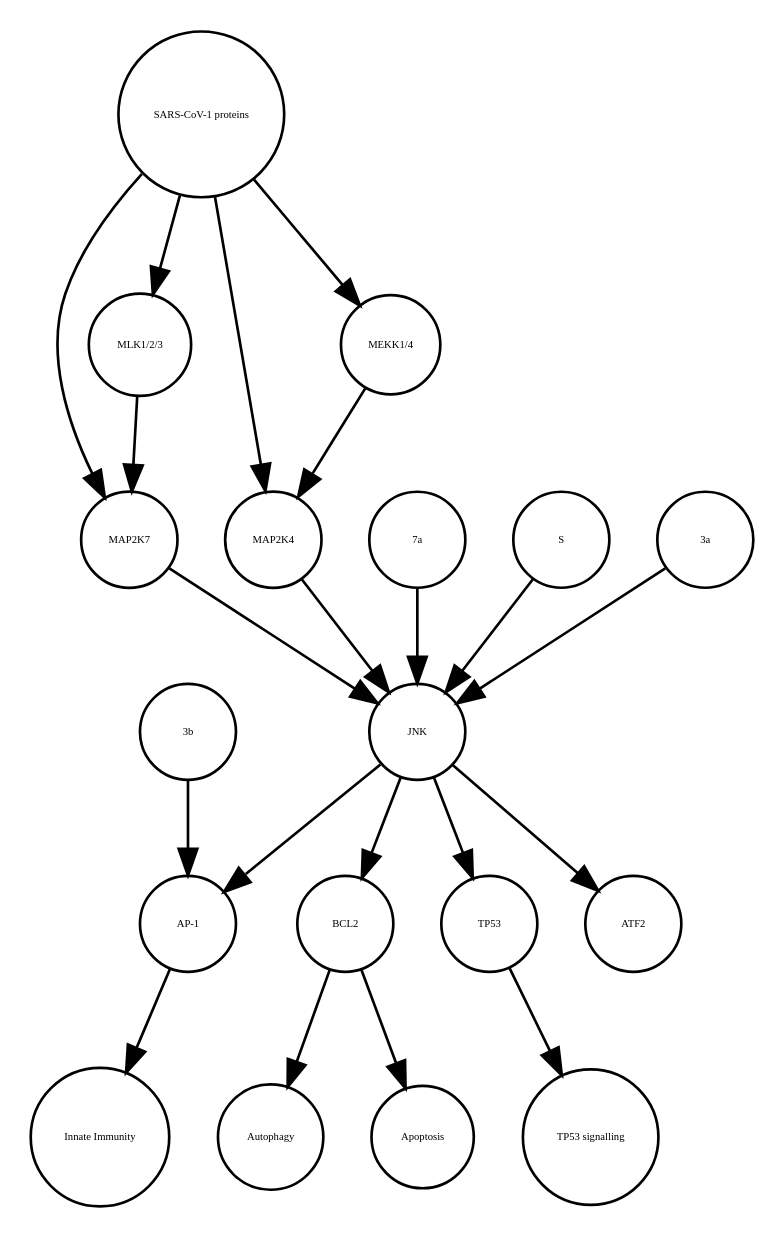
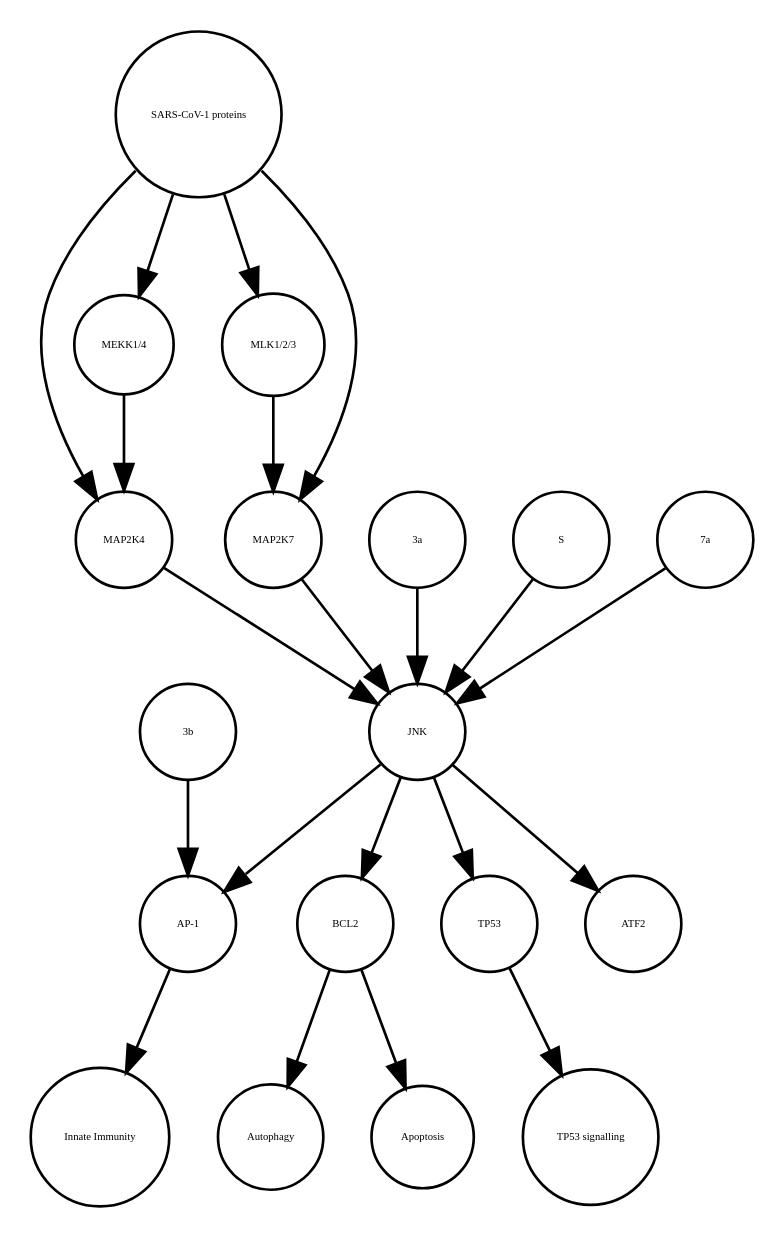
Before and after one commit to cannin/covid19-sbgn: the diagram in JNK_pathway_stable.xml_projected.dot, drawn with Graphviz. The commit also changed other lines of this file and 564 other files, not shown here.

```diff
--- a/JNK_pathway_stable.xml_projected.dot
+++ b/JNK_pathway_stable.xml_projected.dot
@@ -1,40 +1,40 @@
 strict digraph  {
 BCL2 [annotation=urn_miriam_ncbigene_596, bipartite=0, cls=macromolecule, fontsize=4, label=BCL2, shape=circle];
 Autophagy [annotation="urn_miriam_obo.go_GO%3A0006914", bipartite=0, cls=phenotype, fontsize=4, label=Autophagy, shape=circle];
 "AP-1" [annotation="", bipartite=0, cls=complex, fontsize=4, label="AP-1", shape=circle];
 "Innate Immunity" [annotation="urn_miriam_obo.go_GO%3A0045087", bipartite=0, cls=phenotype, fontsize=4, label="Innate Immunity", shape=circle];
 TP53 [annotation=urn_miriam_ncbigene_7157, bipartite=0, cls=macromolecule, fontsize=4, label=TP53, shape=circle];
 "TP53 signalling" [annotation="urn_miriam_obo.go_GO%3A0072331", bipartite=0, cls=phenotype, fontsize=4, label="TP53 signalling", shape=circle];
 Apoptosis [annotation="urn_miriam_obo.go_GO%3A0006915", bipartite=0, cls=phenotype, fontsize=4, label=Apoptosis, shape=circle];
-ATF2 [annotation=urn_miriam_ncbigene_1386, bipartite=0, cls=macromolecule, fontsize=4, label=ATF2, shape=circle];
 JNK [annotation="", bipartite=0, cls=complex, fontsize=4, label=JNK, shape=circle];
-MAP2K7 [annotation=urn_miriam_ncbigene_5609, bipartite=0, cls=macromolecule, fontsize=4, label=MAP2K7, shape=circle];
 MAP2K4 [annotation=urn_miriam_ncbigene_6416, bipartite=0, cls=macromolecule, fontsize=4, label=MAP2K4, shape=circle];
-"7a" [annotation="", bipartite=0, cls=macromolecule, fontsize=4, label="7a", shape=circle];
-"MEKK1/4" [annotation="", bipartite=0, cls=complex, fontsize=4, label="MEKK1/4", shape=circle];
-"SARS-CoV-1 proteins" [annotation="", bipartite=0, cls=complex, fontsize=4, label="SARS-CoV-1 proteins", shape=circle];
-S [annotation="", bipartite=0, cls=macromolecule, fontsize=4, label=S, shape=circle];
 "MLK1/2/3" [annotation="", bipartite=0, cls=complex, fontsize=4, label="MLK1/2/3", shape=circle];
 "3a" [annotation="", bipartite=0, cls=macromolecule, fontsize=4, label="3a", shape=circle];
 "3b" [annotation="", bipartite=0, cls=macromolecule, fontsize=4, label="3b", shape=circle];
+ATF2 [annotation=urn_miriam_ncbigene_1386, bipartite=0, cls=macromolecule, fontsize=4, label=ATF2, shape=circle];
+"MEKK1/4" [annotation="", bipartite=0, cls=complex, fontsize=4, label="MEKK1/4", shape=circle];
+S [annotation="", bipartite=0, cls=macromolecule, fontsize=4, label=S, shape=circle];
+MAP2K7 [annotation=urn_miriam_ncbigene_5609, bipartite=0, cls=macromolecule, fontsize=4, label=MAP2K7, shape=circle];
+"7a" [annotation="", bipartite=0, cls=macromolecule, fontsize=4, label="7a", shape=circle];
+"SARS-CoV-1 proteins" [annotation="", bipartite=0, cls=complex, fontsize=4, label="SARS-CoV-1 proteins", shape=circle];
 BCL2 -> Autophagy  [annotation="", interaction_type="necessary stimulation"];
 BCL2 -> Apoptosis  [annotation="", interaction_type=inhibition];
 "AP-1" -> "Innate Immunity"  [annotation="", interaction_type="necessary stimulation"];
 TP53 -> "TP53 signalling"  [annotation="", interaction_type="necessary stimulation"];
+JNK -> BCL2  [annotation=urn_miriam_pubmed_10567572, interaction_type=stimulation];
+JNK -> ATF2  [annotation=urn_miriam_pubmed_7824938, interaction_type=stimulation];
+JNK -> "AP-1"  [annotation="urn_miriam_pubmed_21561061|urn_miriam_taxonomy_694009", interaction_type=stimulation];
 JNK -> TP53  [annotation=urn_miriam_pubmed_9724739, interaction_type=stimulation];
-JNK -> "AP-1"  [annotation="urn_miriam_pubmed_21561061|urn_miriam_taxonomy_694009", interaction_type=stimulation];
-JNK -> ATF2  [annotation=urn_miriam_pubmed_7824938, interaction_type=stimulation];
-JNK -> BCL2  [annotation=urn_miriam_pubmed_10567572, interaction_type=stimulation];
-MAP2K7 -> JNK  [annotation="urn_miriam_pubmed_17141229|urn_miriam_taxonomy_694009|urn_miriam_taxonomy_392815", interaction_type=stimulation];
 MAP2K4 -> JNK  [annotation="urn_miriam_pubmed_17141229|urn_miriam_taxonomy_694009|urn_miriam_taxonomy_392815", interaction_type=stimulation];
-"7a" -> JNK  [annotation="urn_miriam_pubmed_17141229|urn_miriam_taxonomy_694009|urn_miriam_taxonomy_392815", interaction_type=stimulation];
-"MEKK1/4" -> MAP2K4  [annotation="urn_miriam_pubmed_31226023|urn_miriam_taxonomy_694009|urn_miriam_taxonomy_392815", interaction_type=stimulation];
-"SARS-CoV-1 proteins" -> "MLK1/2/3"  [annotation="urn_miriam_taxonomy_694009|urn_miriam_pubmed_31226023|urn_miriam_taxonomy_392815", interaction_type=stimulation];
-"SARS-CoV-1 proteins" -> MAP2K7  [annotation="urn_miriam_pubmed_31226023|urn_miriam_taxonomy_694009|urn_miriam_taxonomy_392815", interaction_type=stimulation];
-"SARS-CoV-1 proteins" -> "MEKK1/4"  [annotation="urn_miriam_pubmed_31226023|urn_miriam_taxonomy_694009|urn_miriam_taxonomy_392815", interaction_type=stimulation];
-"SARS-CoV-1 proteins" -> MAP2K4  [annotation="urn_miriam_pubmed_31226023|urn_miriam_taxonomy_694009|urn_miriam_taxonomy_392815", interaction_type=stimulation];
-S -> JNK  [annotation="urn_miriam_pubmed_17267381|urn_miriam_taxonomy_694009|urn_miriam_taxonomy_392815", interaction_type=stimulation];
 "MLK1/2/3" -> MAP2K7  [annotation="urn_miriam_pubmed_31226023|urn_miriam_taxonomy_694009|urn_miriam_taxonomy_392815", interaction_type=stimulation];
 "3a" -> JNK  [annotation="urn_miriam_pubmed_17141229|urn_miriam_taxonomy_694009|urn_miriam_taxonomy_392815", interaction_type=stimulation];
 "3b" -> "AP-1"  [annotation="urn_miriam_pubmed_21561061|urn_miriam_taxonomy_694009", interaction_type=stimulation];
+"MEKK1/4" -> MAP2K4  [annotation="urn_miriam_pubmed_31226023|urn_miriam_taxonomy_694009|urn_miriam_taxonomy_392815", interaction_type=stimulation];
+S -> JNK  [annotation="urn_miriam_pubmed_17267381|urn_miriam_taxonomy_694009|urn_miriam_taxonomy_392815", interaction_type=stimulation];
+MAP2K7 -> JNK  [annotation="urn_miriam_pubmed_17141229|urn_miriam_taxonomy_694009|urn_miriam_taxonomy_392815", interaction_type=stimulation];
+"7a" -> JNK  [annotation="urn_miriam_pubmed_17141229|urn_miriam_taxonomy_694009|urn_miriam_taxonomy_392815", interaction_type=stimulation];
+"SARS-CoV-1 proteins" -> MAP2K4  [annotation="urn_miriam_pubmed_31226023|urn_miriam_taxonomy_694009|urn_miriam_taxonomy_392815", interaction_type=stimulation];
+"SARS-CoV-1 proteins" -> MAP2K7  [annotation="urn_miriam_pubmed_31226023|urn_miriam_taxonomy_694009|urn_miriam_taxonomy_392815", interaction_type=stimulation];
+"SARS-CoV-1 proteins" -> "MLK1/2/3"  [annotation="urn_miriam_taxonomy_694009|urn_miriam_pubmed_31226023|urn_miriam_taxonomy_392815", interaction_type=stimulation];
+"SARS-CoV-1 proteins" -> "MEKK1/4"  [annotation="urn_miriam_pubmed_31226023|urn_miriam_taxonomy_694009|urn_miriam_taxonomy_392815", interaction_type=stimulation];
 }
```
